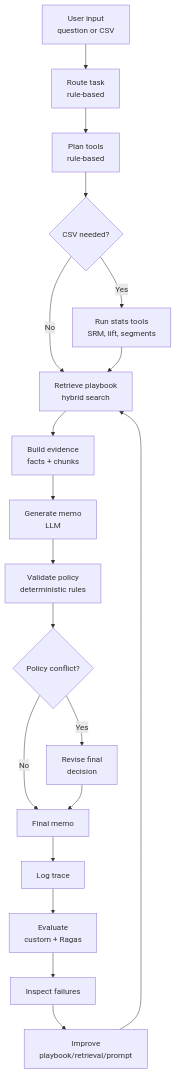
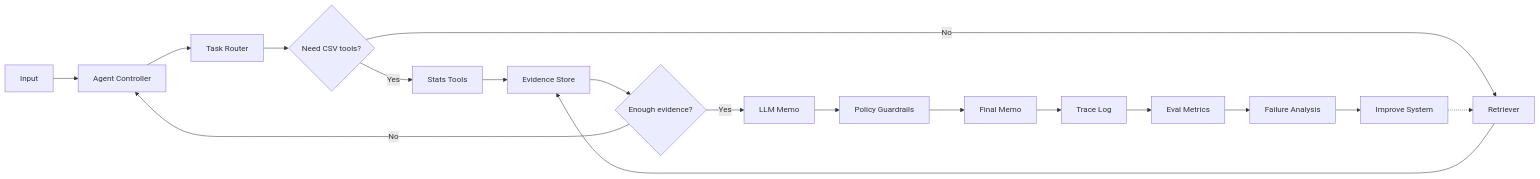
Before and after one commit to zzczdhc/EvalRAG-Agent-Evaluation-Driven-Agentic-RAG-for-Product-Experimentation-and-Recommendation-Analytics: the diagram in README.md, drawn with Mermaid. The commit also changed other lines of this file, not shown here.

Commit message:
Clarify agent architecture diagram

````diff
--- a/README.md
+++ b/README.md
@@ -33,21 +33,20 @@
 ```mermaid
-flowchart TD
-    A["User input<br/>question or CSV"] --> B["Route task<br/>rule-based"]
-    B --> C["Plan tools<br/>rule-based"]
-    C --> D{"CSV needed?"}
-    D -- "Yes" --> E["Run stats tools<br/>SRM, lift, segments"]
-    D -- "No" --> F["Retrieve playbook<br/>hybrid search"]
-    E --> F
-    F --> G["Build evidence<br/>facts + chunks"]
-    G --> H["Generate memo<br/>LLM"]
-    H --> I["Validate policy<br/>deterministic rules"]
-    I --> J{"Policy conflict?"}
-    J -- "Yes" --> K["Revise final<br/>decision"]
-    J -- "No" --> L["Final memo"]
-    K --> L
-    L --> M["Log trace"]
-    M --> N["Evaluate<br/>custom + Ragas"]
-    N --> O["Inspect failures"]
-    O --> P["Improve<br/>playbook/retrieval/prompt"]
-    P --> F
+flowchart LR
+    A["Input"] --> B["Agent Controller"]
+    B --> C["Task Router"]
+    C --> D{"Need CSV tools?"}
+    D -- "Yes" --> E["Stats Tools"]
+    D -- "No" --> F["Retriever"]
+    E --> G["Evidence Store"]
+    F --> G
+    G --> H{"Enough evidence?"}
+    H -- "No" --> B
+    H -- "Yes" --> I["LLM Memo"]
+    I --> J["Policy Guardrails"]
+    J --> K["Final Memo"]
+    K --> L["Trace Log"]
+    L --> M["Eval Metrics"]
+    M --> N["Failure Analysis"]
+    N --> O["Improve System"]
+    O -.-> F
 ```
````
